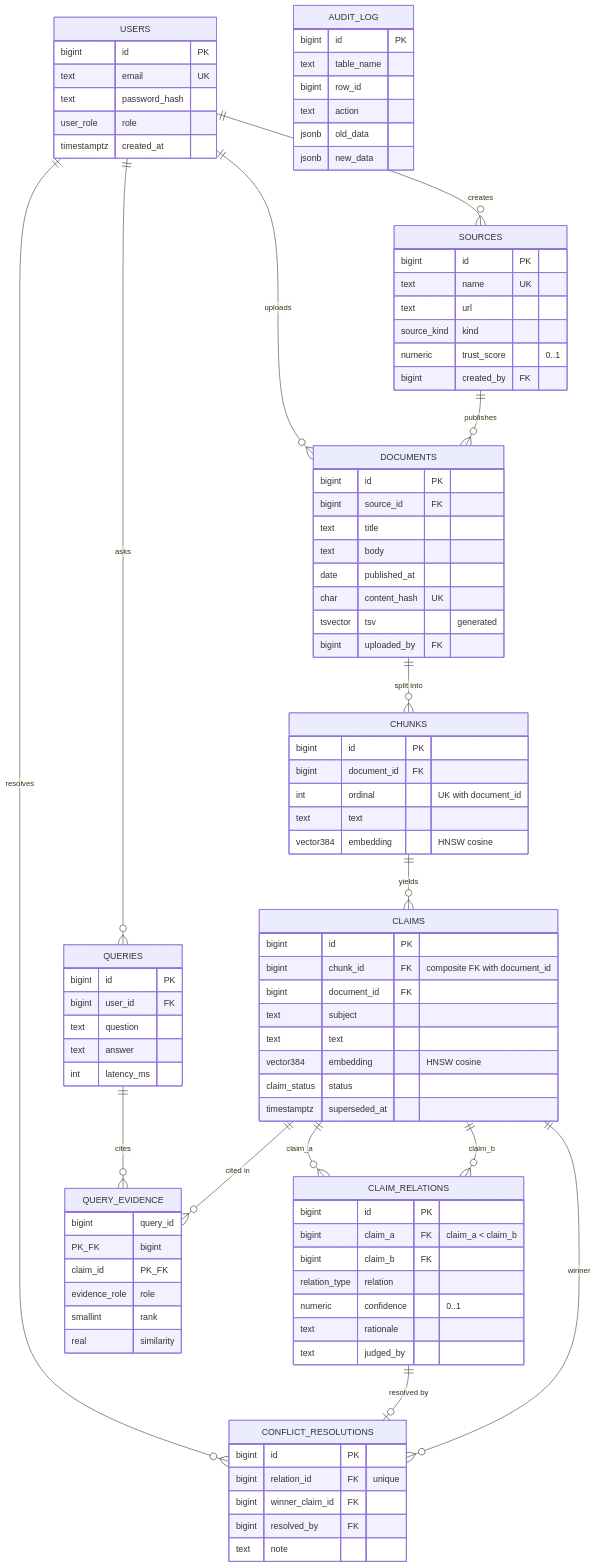
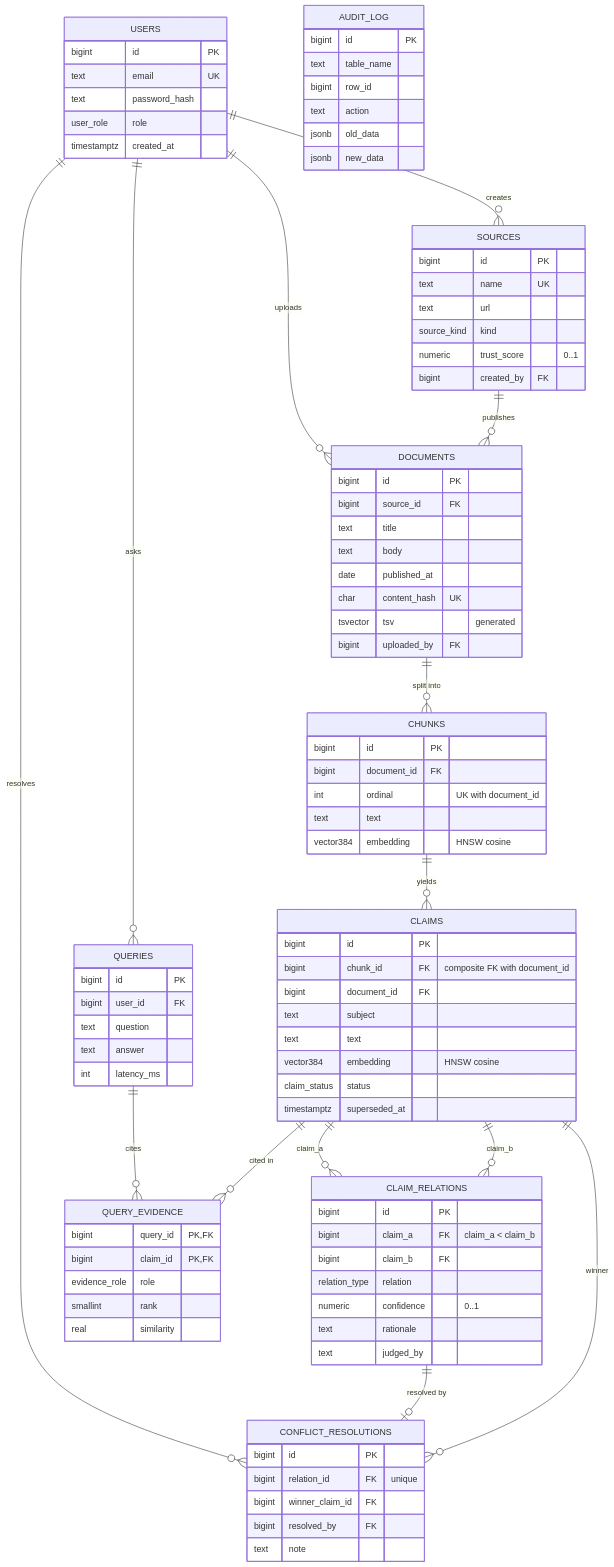
Before and after one commit to santoshcheethiralame-dot/ConRAG: the diagram in docs/er-diagram.md, drawn with Mermaid. The commit also changed other lines of this file and 27 other files, not shown here.

Commit message:
Add documentation set, ER diagram image, generated data dictionary and query pack, final test and evaluation outputs

```diff
--- a/docs/er-diagram.md
+++ b/docs/er-diagram.md
@@ -84,8 +88,8 @@
     int latency_ms
   }
   QUERY_EVIDENCE {
-    bigint query_id PK_FK
-    bigint claim_id PK_FK
+    bigint query_id PK, FK
+    bigint claim_id PK, FK
     evidence_role role
     smallint rank
     real similarity
```
